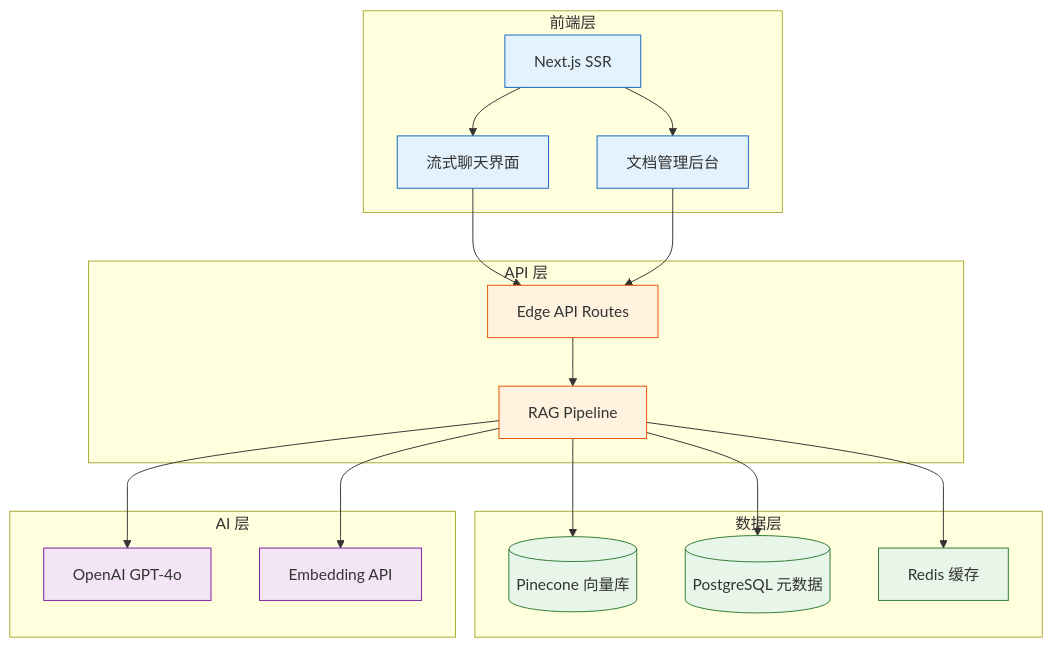
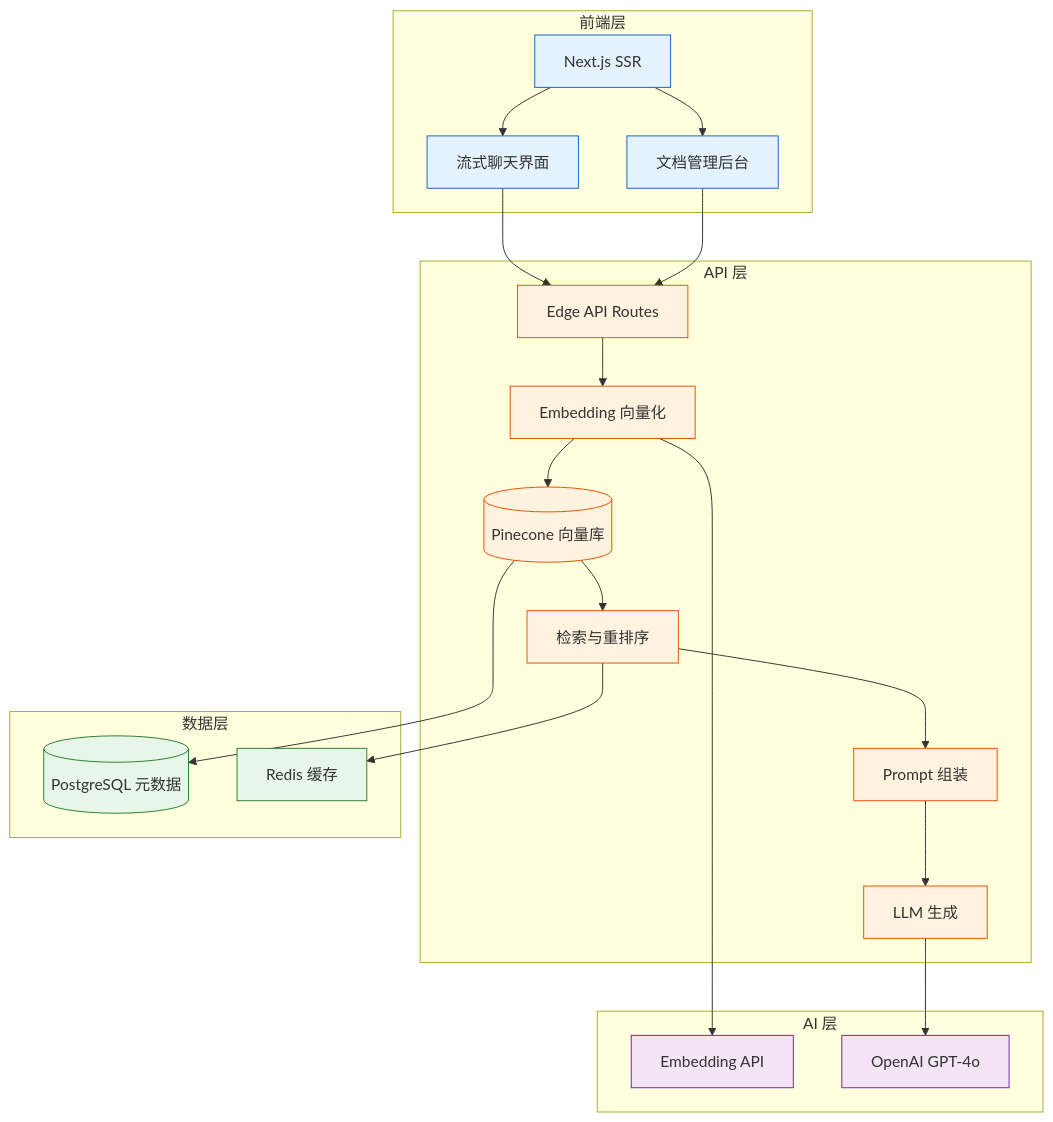
One commit to KMaybe01/common changed the second of 10 diagrams in S5-AI/08-开发实战与架构指南.md. Above: the diagram before and after it, drawn with Mermaid. The commit also changed other lines of this file and 25 other files, not shown here.

````diff
--- a/S5-AI/08-开发实战与架构指南.md
+++ b/S5-AI/08-开发实战与架构指南.md
@@ -717,33 +717,36 @@
 ```mermaid
 graph TB
     subgraph Frontend["前端层"]
         A[Next.js SSR] --> B[流式聊天界面]
         A --> C[文档管理后台]
     end
     
     subgraph APILayer["API 层"]
         B --> D[Edge API Routes]
         C --> D
-        D --> E[RAG Pipeline]
+        D --> E[Embedding 向量化]
+        E --> F[(Pinecone 向量库)]
+        F --> G[检索与重排序]
+        G --> H[Prompt 组装]
+        H --> I[LLM 生成]
     end
     
     subgraph DataLayer["数据层"]
-        E --> F[(Pinecone 向量库)]
-        E --> G[(PostgreSQL 元数据)]
-        E --> H[Redis 缓存]
+        F --> J[(PostgreSQL 元数据)]
+        G --> K[Redis 缓存]
     end
     
     subgraph AILayer["AI 层"]
-        E --> I[OpenAI GPT-4o]
-        E --> J[Embedding API]
+        E --> L[Embedding API]
+        I --> M[OpenAI GPT-4o]
     end
     
     classDef frontend fill:#e3f2fd,stroke:#1565c0;
     classDef api fill:#fff3e0,stroke:#e65100;
     classDef data fill:#e8f5e9,stroke:#2e7d32;
     classDef ai fill:#f3e5f5,stroke:#7b1fa2;
     class A,B,C frontend;
-    class D,E api;
-    class F,G,H data;
-    class I,J ai;
+    class D,E,F,G,H,I api;
+    class J,K data;
+    class L,M ai;
 ```
````
